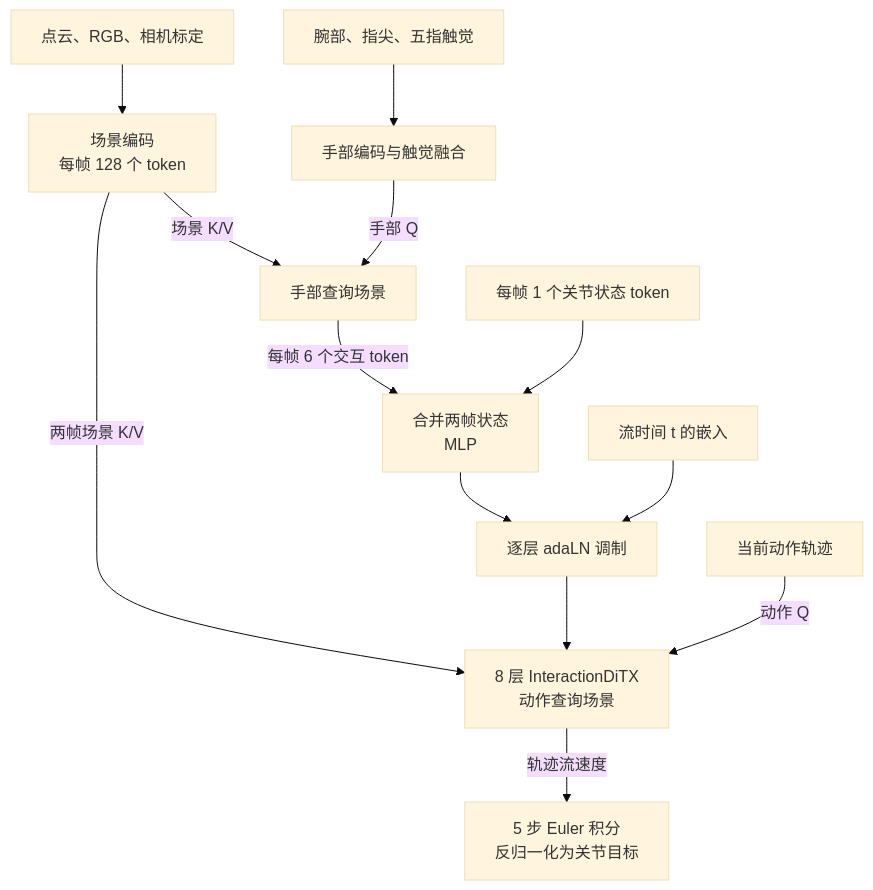
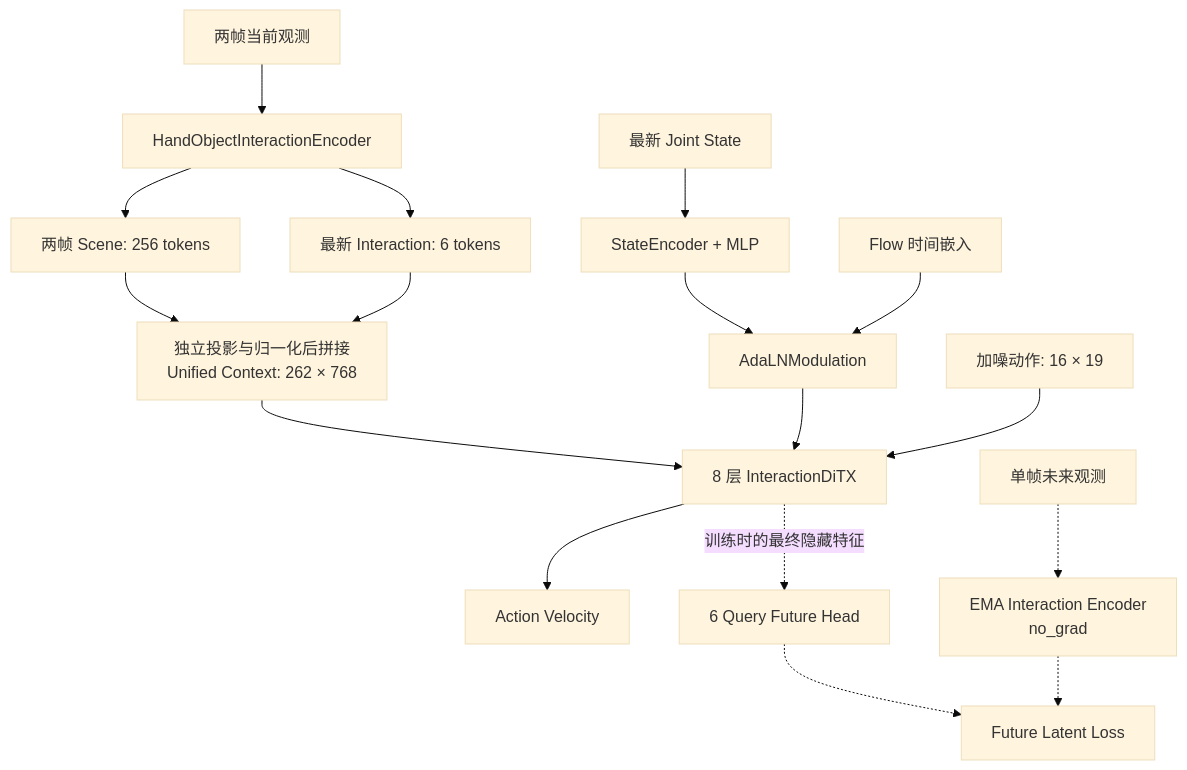
The diagram in docs/InteractionFlow模型架构.md (haoyangzhanglab/dexmani_policy), drawn with Mermaid (base theme) before and after one commit. The commit also changed other lines of this file and 11 other files, not shown here.

Commit message:
Refactor InteractionFlow into DAI-Flow with future latent supervision

````diff
--- a/docs/InteractionFlow模型架构.md
+++ b/docs/InteractionFlow模型架构.md
@@ -7,15 +29,19 @@
 ```mermaid
 flowchart TD
-    vision["点云、RGB、相机标定"] --> scene["场景编码<br/>每帧 128 个 token"]
-    hand["腕部、指尖、五指触觉"] --> fusion["手部编码与触觉融合"]
-    scene -->|场景 K/V| relation["手部查询场景"]
-    fusion -->|手部 Q| relation
-    relation -->|每帧 6 个交互 token| state["合并两帧状态<br/>MLP"]
-    joints["每帧 1 个关节状态 token"] --> state
-    state --> mod["逐层 adaLN 调制"]
-    time["流时间 t 的嵌入"] --> mod
-    scene -->|两帧场景 K/V| dit["8 层 InteractionDiTX<br/>动作查询场景"]
-    mod --> dit
-    trajectory["当前动作轨迹"] -->|动作 Q| dit
-    dit -->|轨迹流速度| output["5 步 Euler 积分<br/>反归一化为关节目标"]
+    obs["两帧当前观测"] --> encoder["HandObjectInteractionEncoder"]
+    encoder --> scene["两帧 Scene: 256 tokens"]
+    encoder --> interaction["最新 Interaction: 6 tokens"]
+    scene --> memory["独立投影与归一化后拼接<br/>Unified Context: 262 × 768"]
+    interaction --> memory
+    joints["最新 Joint State"] --> state["StateEncoder + MLP"]
+    state --> adaln["AdaLNModulation"]
+    time["Flow 时间嵌入"] --> adaln
+    noisy["加噪动作: 16 × 19"] --> ditx["8 层 InteractionDiTX"]
+    memory --> ditx
+    adaln --> ditx
+    ditx --> velocity["Action Velocity"]
+    ditx -. "训练时的最终隐藏特征" .-> head["6 Query Future Head"]
+    future["单帧未来观测"] -.-> teacher["EMA Interaction Encoder<br/>no_grad"]
+    teacher -.-> loss["Future Latent Loss"]
+    head -.-> loss
 ```
````
